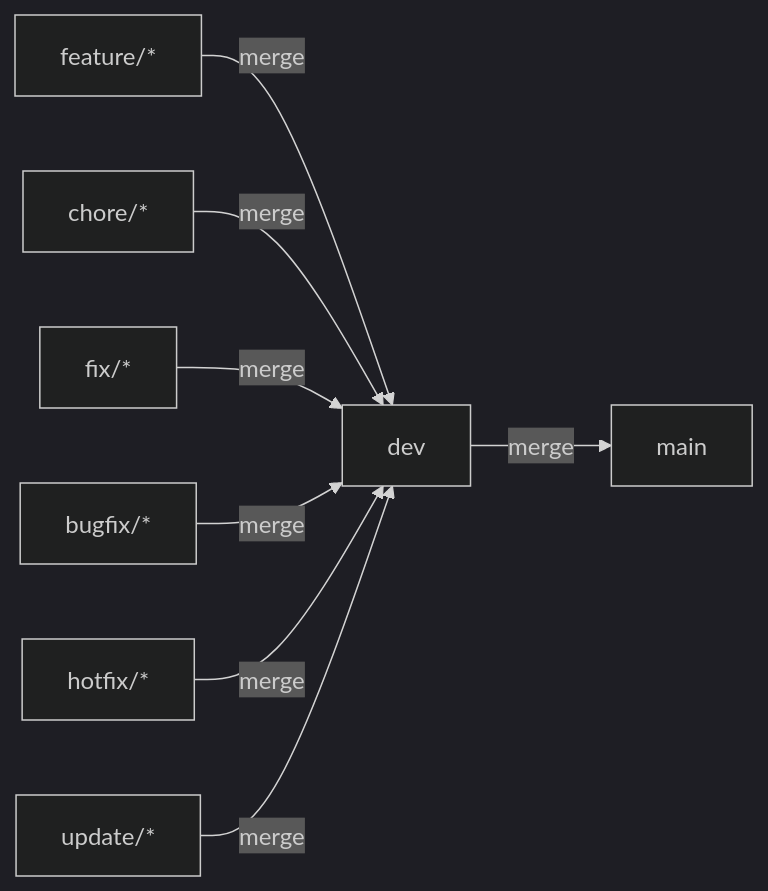
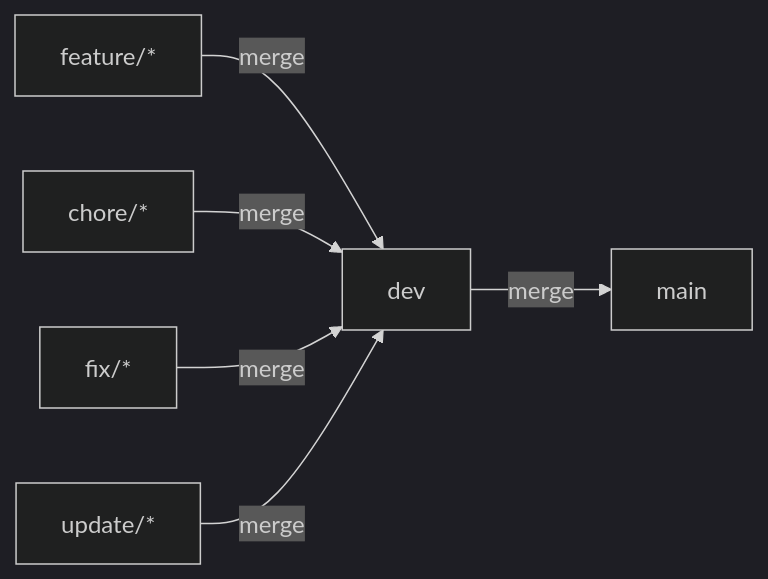
The third of 3 diagrams in README.md (pokemon-GA/scarlet-queen), drawn with Mermaid (dark theme) before and after one commit. The commit also changed other lines of this file, not shown here.

````diff
--- a/README.md
+++ b/README.md
@@ -155,10 +137,8 @@
 ```mermaid
 flowchart LR
     dev["dev"] -->|merge| main["main"]
     feature["feature/*"] -->|merge| dev["dev"]
     chore["chore/*"] -->|merge| dev["dev"]
     fix["fix/*"] -->|merge| dev["dev"]
-    bugfix["bugfix/*"] -->|merge| dev["dev"]
-    hotfix["hotfix/*"] -->|merge| dev["dev"]
     update["update/*"] -->|merge| dev["dev"]
 ```
````
